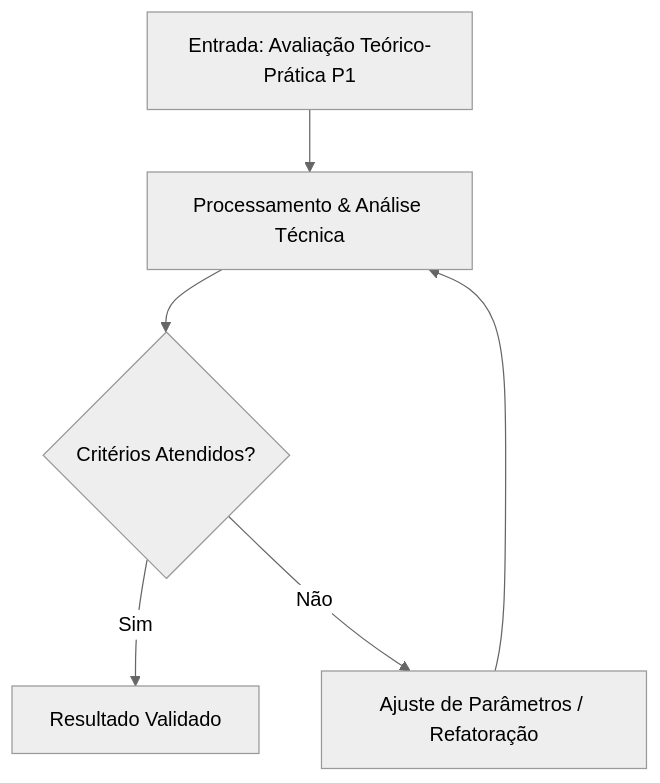
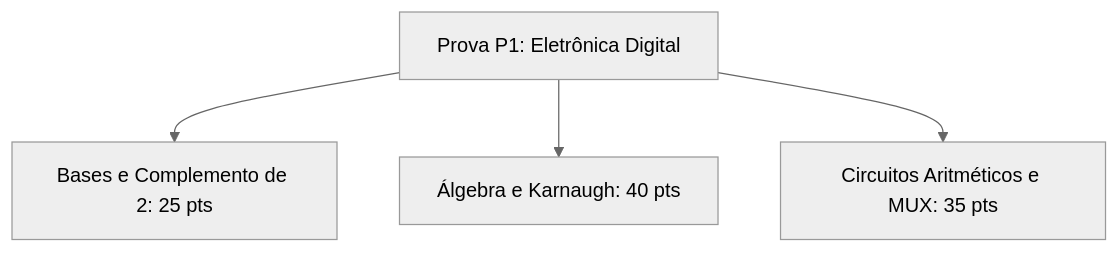
One commit to pedroiff0/page changed the diagram in content/pt-br/resource/Engenharia de Computação/6-periodo/eletronica-digital/anotacoes/aula-08-avaliacao-teorico-pratica-p1.md. Above: the diagram before and after it, drawn with Mermaid (neutral theme). The commit also changed other lines of this file and 826 other files, not shown here.

````diff
--- a/content/pt-br/resource/Engenharia de Computação/6-periodo/eletronica-digital/anotacoes/aula-08-avaliacao-teorico-pratica-p1.md
+++ b/content/pt-br/resource/Engenharia de Computação/6-periodo/eletronica-digital/anotacoes/aula-08-avaliacao-teorico-pratica-p1.md
@@ -74,8 +76,6 @@
 ```mermaid
 flowchart TD
-    A[Entrada: Avaliação Teórico-Prática P1] --> B[Processamento & Análise Técnica]
-    B --> C{Critérios Atendidos?}
-    C -- Sim --> D[Resultado Validado]
-    C -- Não --> E[Ajuste de Parâmetros / Refatoração]
-    E --> B
+    P1[Prova P1: Eletrônica Digital] --> Q1[Bases e Complemento de 2: 25 pts]
+    P1 --> Q2[Álgebra e Karnaugh: 40 pts]
+    P1 --> Q3[Circuitos Aritméticos e MUX: 35 pts]
 ```
````
